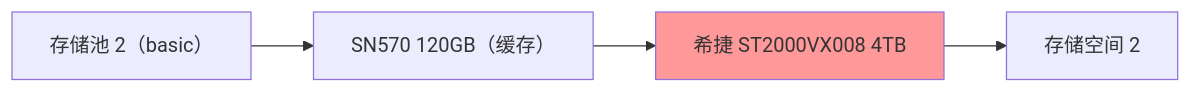
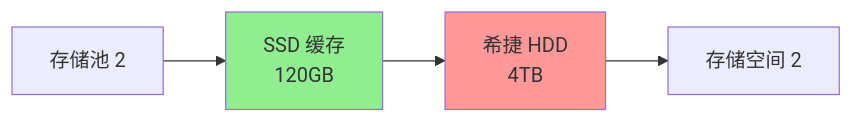
Before and after one commit to cxbdasheng/AIO: the second of 2 diagrams in docs/synology/ssd.md, drawn with Mermaid. The commit also changed other lines of this file and 2 other files, not shown here.

First line of the commit message:
docs(synology): 优化 SSD 缓存配置指南

````diff
--- a/docs/synology/ssd.md
+++ b/docs/synology/ssd.md
@@ -107,7 +108,8 @@
 ```mermaid
 graph LR
-    A[存储池 2（basic）] --> D[SN570 120GB（缓存）]
-    D -->B[希捷 ST2000VX008 4TB]
-    B -->C[存储空间 2]
-     style B fill:#ff9999
+    A[存储池 2] --> D[SSD 缓存<br/>120GB]
+    D --> B[希捷 HDD<br/>4TB]
+    B --> C[存储空间 2]
+    style D fill:#90EE90
+    style B fill:#ff9999
 ```
````
